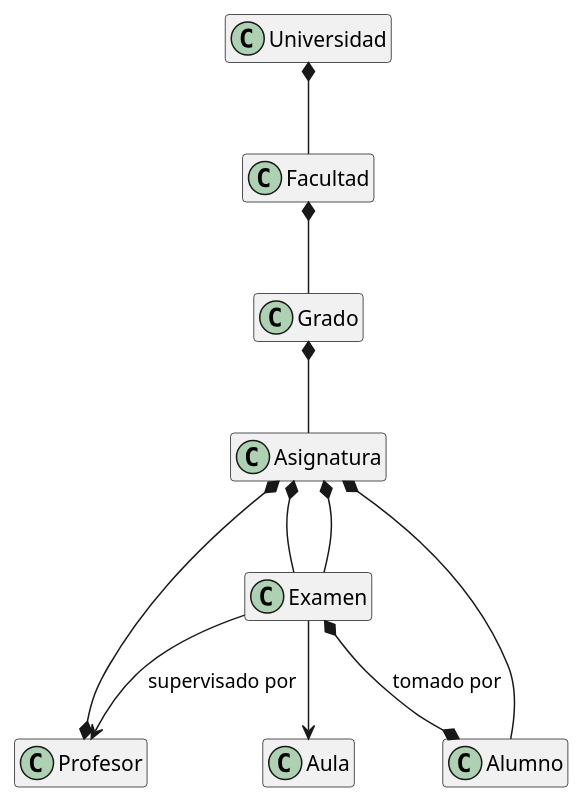
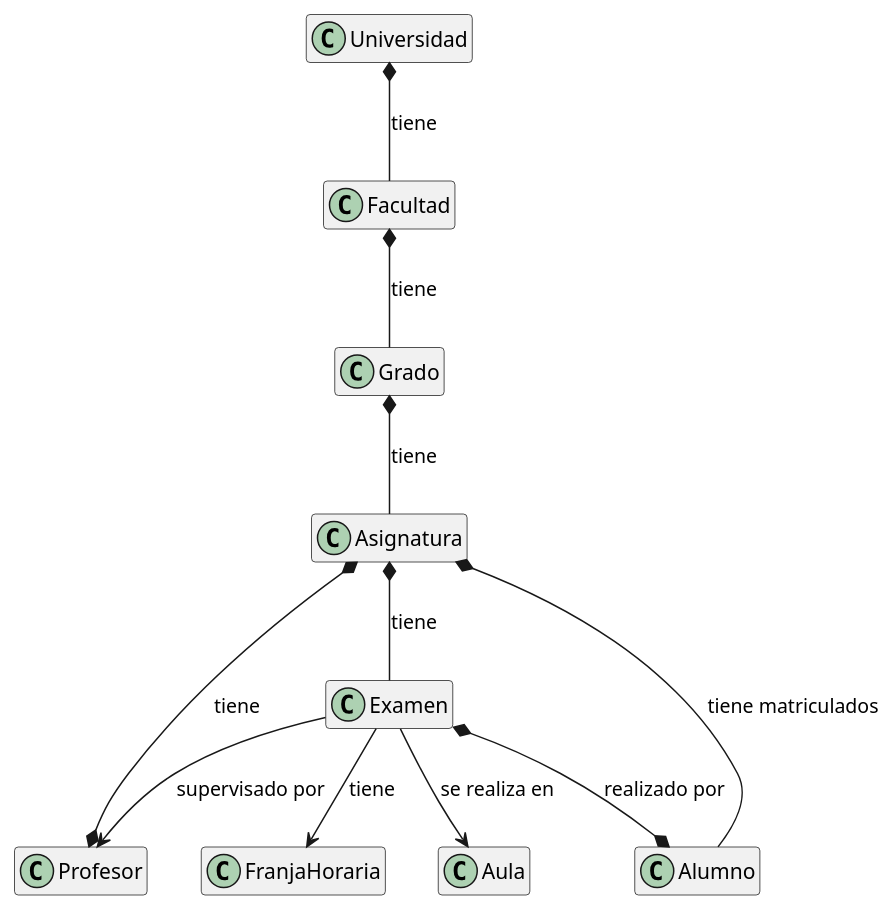
The diagram in interaccionesClienteYCatedratico/modelosUML/DiagramaDeClasesDespuesDeCorreciones.puml (Alejandrojuarez0105/25-26-IdSw1-SdR), drawn with PlantUML before and after one commit. The commit also changed 2 other files, not shown here.

Commit message:
Correcciones finales al diagrama de clases

```diff
--- a/interaccionesClienteYCatedratico/modelosUML/DiagramaDeClasesDespuesDeCorreciones.puml
+++ b/interaccionesClienteYCatedratico/modelosUML/DiagramaDeClasesDespuesDeCorreciones.puml
@@ -1,28 +1,29 @@
 @startuml
 
 class Universidad
 class Facultad
 class Grado
 class Asignatura
 class Profesor
 class Alumno
 class Aula
 class Examen
+class FranjaHoraria
 
-Universidad *-- Facultad
-Facultad *-- Grado
-Grado *-- Asignatura
+Universidad *-- Facultad : tiene
+Facultad *-- Grado : tiene
+Grado *-- Asignatura : tiene
 
-Asignatura *--* Profesor
-Asignatura *-- Alumno
+Asignatura *--* Profesor : tiene
+Asignatura *-- Alumno : tiene matriculados
 
-Asignatura *-- Examen
+Asignatura *-- Examen : tiene
 
-Asignatura *-- Examen
-Examen --> Aula
+Examen --> Aula : se realiza en
 Examen --> Profesor : supervisado por
-Examen *--* Alumno : tomado por
+Examen --> FranjaHoraria : tiene
+Examen *--* Alumno : realizado por
 
 
 hide empty members
 @enduml
```
